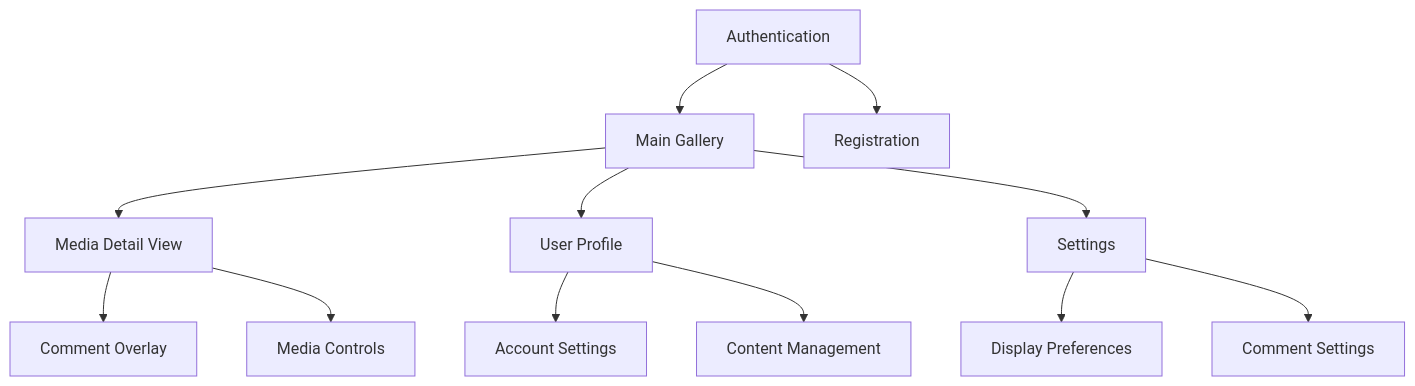
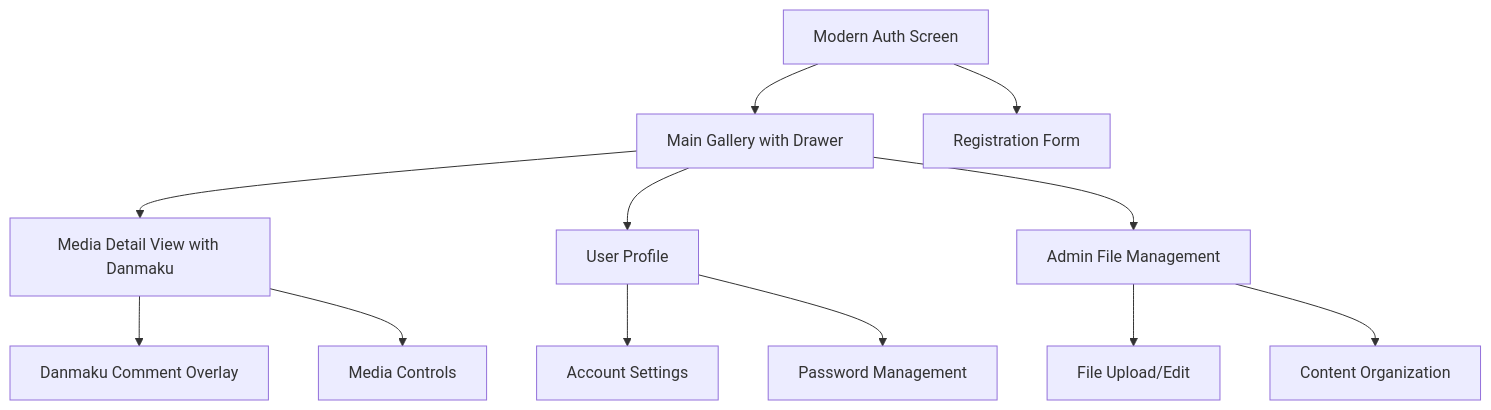
One commit to fooljohnny/zviewer changed the first of 4 diagrams in docs/front-end-spec.md. Above: the diagram before and after it, drawn with Mermaid. The commit also changed other lines of this file and 12 other files, not shown here.

````diff
--- a/docs/front-end-spec.md
+++ b/docs/front-end-spec.md
@@ -43,14 +44,14 @@
 ```mermaid
 graph TD
-    A[Authentication] --> B[Main Gallery]
-    A --> C[Registration]
-    B --> D[Media Detail View]
+    A[Modern Auth Screen] --> B[Main Gallery with Drawer]
+    A --> C[Registration Form]
+    B --> D[Media Detail View with Danmaku]
     B --> E[User Profile]
-    B --> F[Settings]
-    D --> G[Comment Overlay]
+    B --> F[Admin File Management]
+    D --> G[Danmaku Comment Overlay]
     D --> H[Media Controls]
     E --> I[Account Settings]
-    E --> J[Content Management]
-    F --> K[Display Preferences]
-    F --> L[Comment Settings]
+    E --> J[Password Management]
+    F --> K[File Upload/Edit]
+    F --> L[Content Organization]
 ```
````
